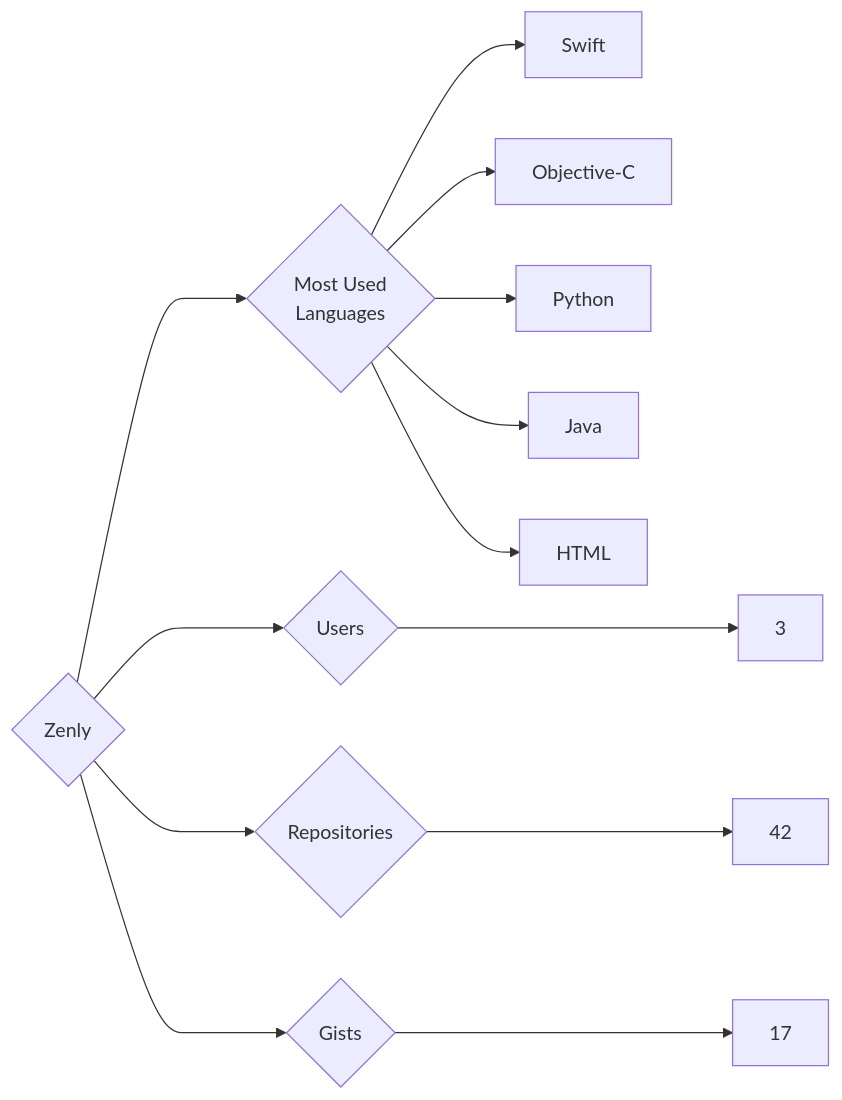
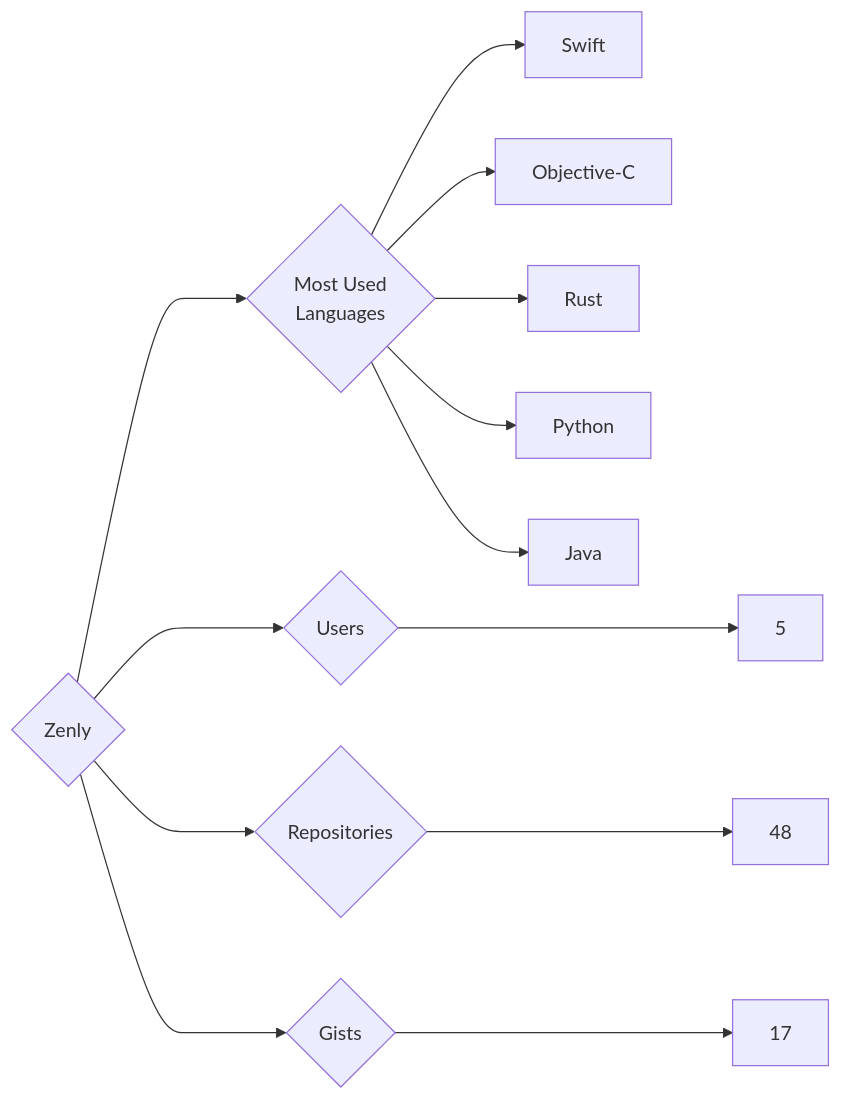
Before and after one commit to trickest/insiders: the diagram in targets/Zenly/README.md, drawn with Mermaid. The commit also changed 1389 other files, not shown here.

````diff
--- a/targets/Zenly/README.md
+++ b/targets/Zenly/README.md
@@ -3,13 +3,13 @@
 ```mermaid
 graph LR
 COMPANY_NAME{Zenly}
-COMPANY_NAME ---> U{Users} ---> UN[3]
-COMPANY_NAME ---> R{Repositories} ---> RN[42]
+COMPANY_NAME ---> U{Users} ---> UN[5]
+COMPANY_NAME ---> R{Repositories} ---> RN[48]
 COMPANY_NAME ---> G{Gists} ---> GN[17]
 COMPANY_NAME ---> ML{Most Used<br>Languages}
 ML --> Swift[Swift]
 ML --> Objective-C[Objective-C]
+ML --> Rust[Rust]
 ML --> Python[Python]
 ML --> Java[Java]
-ML --> HTML[HTML]
 ```
````
